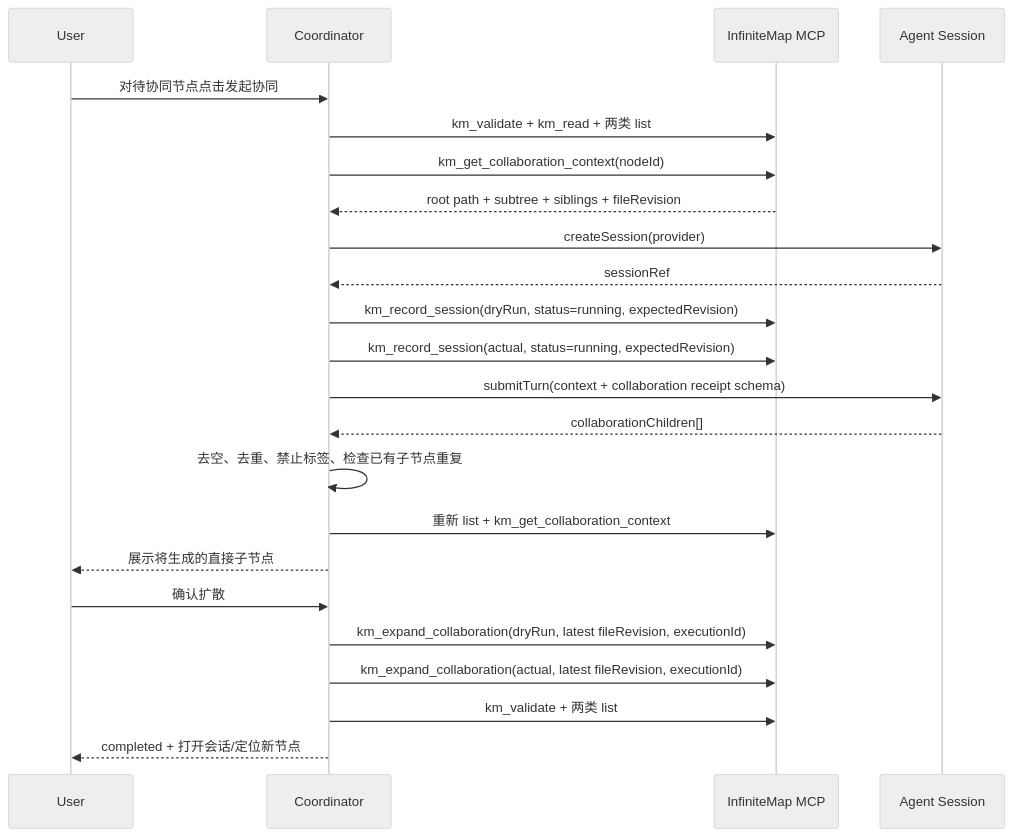
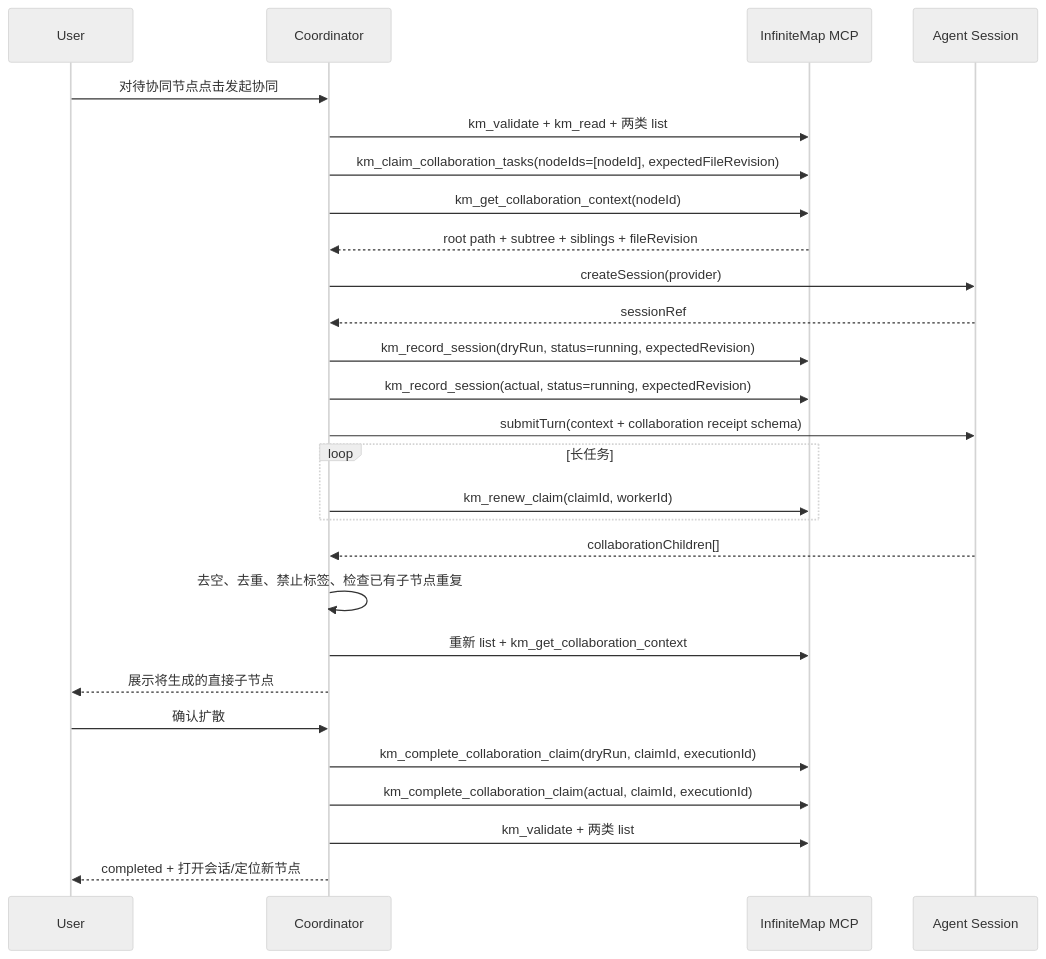
The fourth of 5 diagrams in docs/editor-agent-session-task-execution-design.md (QunterShion/InfiniteMap), drawn with Mermaid (neutral theme) before and after one commit. The commit also changed other lines of this file and 16 other files, not shown here.

Commit message:
1. MCP 工具由 12 个扩展至 14 个，新增 km_claim_collaboration_tasks、km_complete_collaboration_claim。 2. 支持协同任务批量认领、续租、释放、原子完成及目标子树哈希冲突检测。 3. 活动协同租约会阻止 legacy km_expand_collaboration 绕过写入。 4. 会话追溯元数据 data.infiniteMap 不会导致协同 claim 失效。

````diff
--- a/docs/editor-agent-session-task-execution-design.md
+++ b/docs/editor-agent-session-task-execution-design.md
@@ -487,26 +487,30 @@
 ```mermaid
 sequenceDiagram
     participant U as User
     participant C as Coordinator
     participant M as InfiniteMap MCP
     participant S as Agent Session
 
     U->>C: 对待协同节点点击发起协同
     C->>M: km_validate + km_read + 两类 list
+    C->>M: km_claim_collaboration_tasks(nodeIds=[nodeId], expectedFileRevision)
     C->>M: km_get_collaboration_context(nodeId)
     M-->>C: root path + subtree + siblings + fileRevision
     C->>S: createSession(provider)
     S-->>C: sessionRef
     C->>M: km_record_session(dryRun, status=running, expectedRevision)
     C->>M: km_record_session(actual, status=running, expectedRevision)
     C->>S: submitTurn(context + collaboration receipt schema)
+    loop 长任务
+      C->>M: km_renew_claim(claimId, workerId)
+    end
     S-->>C: collaborationChildren[]
     C->>C: 去空、去重、禁止标签、检查已有子节点重复
     C->>M: 重新 list + km_get_collaboration_context
     C-->>U: 展示将生成的直接子节点
     U->>C: 确认扩散
-    C->>M: km_expand_collaboration(dryRun, latest fileRevision, executionId)
-    C->>M: km_expand_collaboration(actual, latest fileRevision, executionId)
+    C->>M: km_complete_collaboration_claim(dryRun, claimId, executionId)
+    C->>M: km_complete_collaboration_claim(actual, claimId, executionId)
     C->>M: km_validate + 两类 list
     C-->>U: completed + 打开会话/定位新节点
 ```
````
